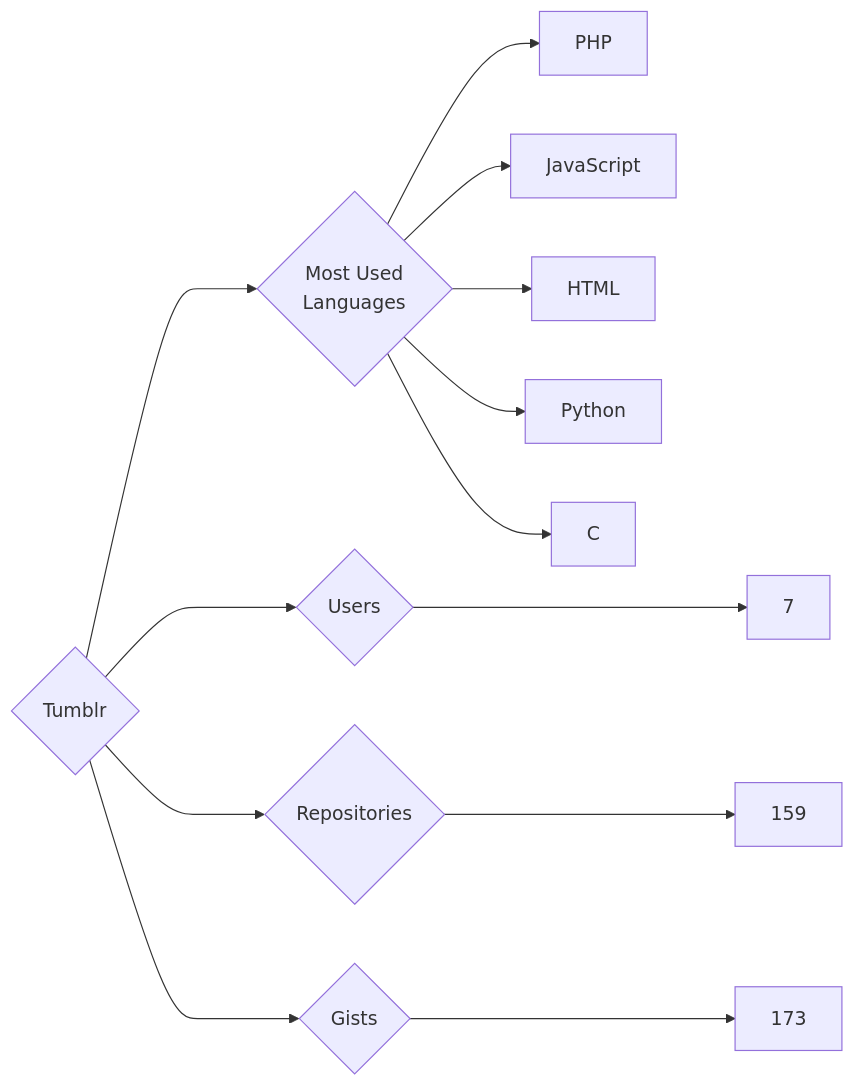
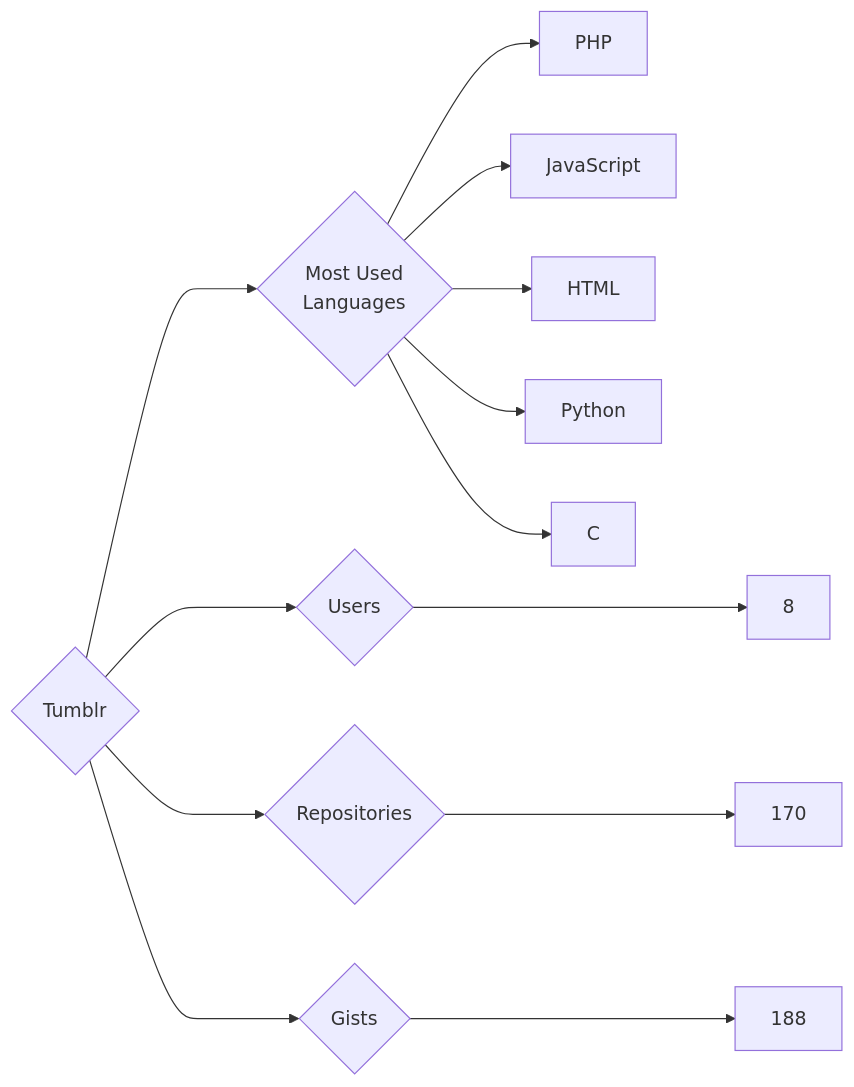
Before and after one commit to trickest/insiders: the diagram in targets/Tumblr/README.md, drawn with Mermaid. The commit also changed 797 other files, not shown here.

````diff
--- a/targets/Tumblr/README.md
+++ b/targets/Tumblr/README.md
@@ -3,13 +3,13 @@
 ```mermaid
 graph LR
 COMPANY_NAME{Tumblr}
-COMPANY_NAME ---> U{Users} ---> UN[7]
-COMPANY_NAME ---> R{Repositories} ---> RN[159]
-COMPANY_NAME ---> G{Gists} ---> GN[173]
+COMPANY_NAME ---> U{Users} ---> UN[8]
+COMPANY_NAME ---> R{Repositories} ---> RN[170]
+COMPANY_NAME ---> G{Gists} ---> GN[188]
 COMPANY_NAME ---> ML{Most Used<br>Languages}
 ML --> PHP[PHP]
 ML --> JavaScript[JavaScript]
 ML --> HTML[HTML]
 ML --> Python[Python]
 ML --> C[C]
 ```
````
